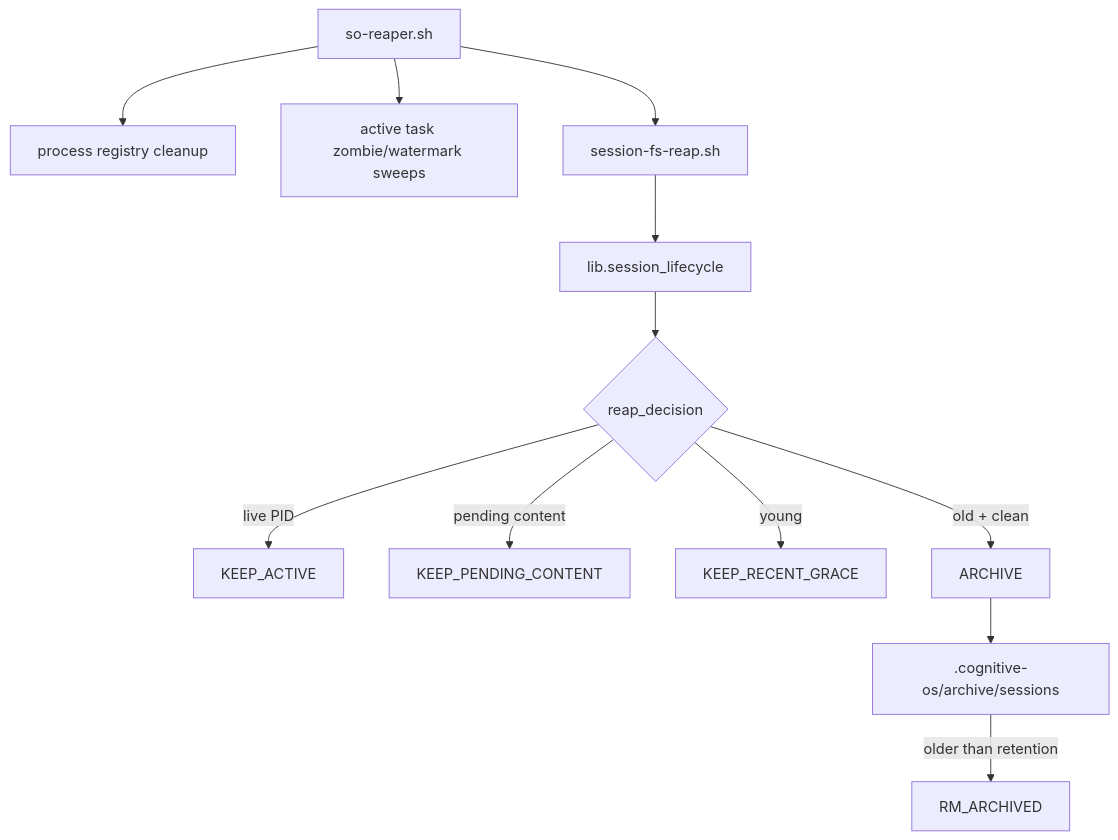
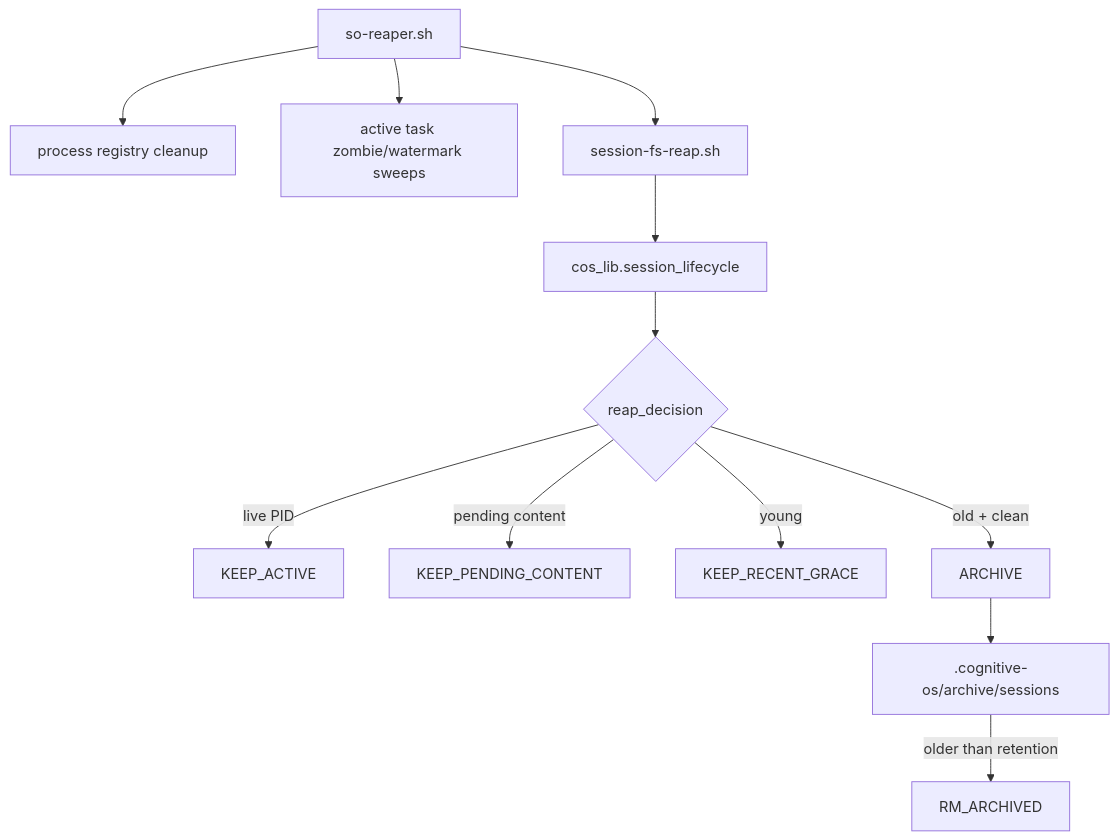
The diagram in docs/04-Concepts/architecture/session-filesystem-reaper.md (Luum-Home/luum-cognitive-os), drawn with Mermaid before and after one commit. The commit also changed 1674 other files, not shown here.

````diff
--- a/docs/04-Concepts/architecture/session-filesystem-reaper.md
+++ b/docs/04-Concepts/architecture/session-filesystem-reaper.md
@@ -12,14 +12,14 @@
 ```mermaid
 flowchart TD
   A[so-reaper.sh] --> B[process registry cleanup]
   A --> C[active task zombie/watermark sweeps]
   A --> D[session-fs-reap.sh]
-  D --> E[lib.session_lifecycle]
+  D --> E[cos_lib.session_lifecycle]
   E --> F{reap_decision}
   F -->|live PID| K[KEEP_ACTIVE]
   F -->|pending content| P[KEEP_PENDING_CONTENT]
   F -->|young| G[KEEP_RECENT_GRACE]
   F -->|old + clean| R[ARCHIVE]
   R --> AR[.cognitive-os/archive/sessions]
   AR -->|older than retention| RM[RM_ARCHIVED]
 ```
````
